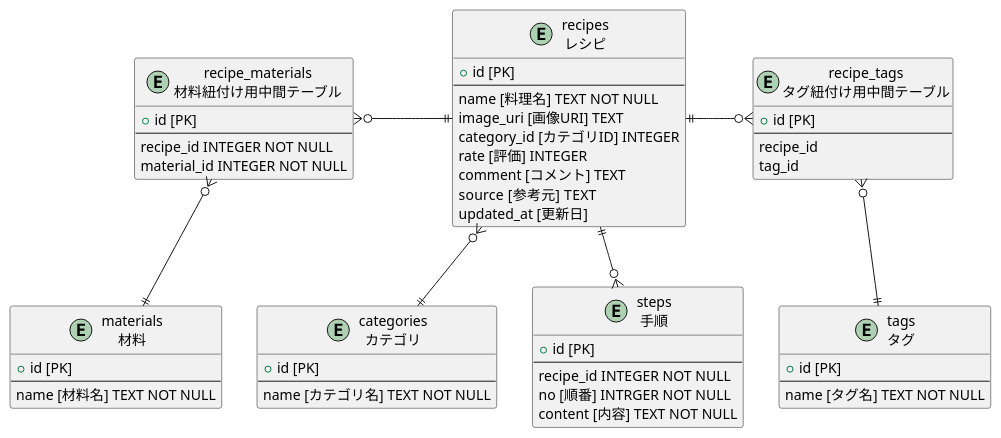
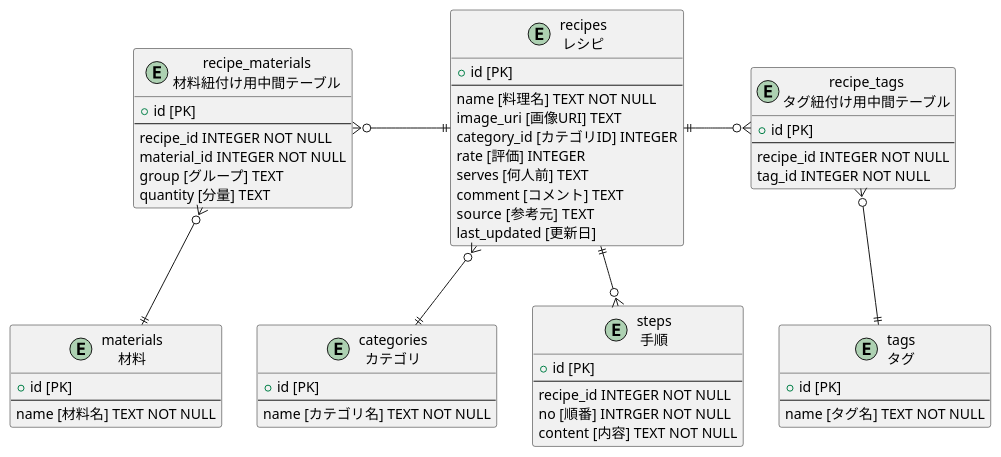
One commit to 29labjp/MyRecipe changed the diagram in app/doc/recipe_er.puml. Above: the diagram before and after it, drawn with PlantUML. The commit also changed 11 other files, not shown here.

```diff
--- a/app/doc/recipe_er.puml
+++ b/app/doc/recipe_er.puml
@@ -1,55 +1,58 @@
 @startuml recipe_tables
 
 entity recipes as "recipes\nレシピ" {
   + id [PK]
   --
   name [料理名] TEXT NOT NULL
   image_uri [画像URI] TEXT
   category_id [カテゴリID] INTEGER
   rate [評価] INTEGER
+  serves [何人前] TEXT
   comment [コメント] TEXT
   source  [参考元] TEXT
-  updated_at [更新日]
+  last_updated [更新日]
 }
 entity materials as "materials\n材料" {
   + id [PK]
   --
   name [材料名] TEXT NOT NULL
 }
 entity recipe_materials as "recipe_materials\n材料紐付け用中間テーブル" {
   + id [PK]
   --
   recipe_id INTEGER NOT NULL
   material_id INTEGER NOT NULL
+  group [グループ] TEXT
+  quantity [分量] TEXT
 }
 entity steps as "steps\n手順" {
   + id [PK]
   --
   recipe_id INTEGER NOT NULL
   no [順番] INTRGER NOT NULL
   content [内容] TEXT NOT NULL
 }
 entity categories as "categories\nカテゴリ" {
   + id [PK]
   --
   name [カテゴリ名] TEXT NOT NULL
 }
 entity tags as "tags\nタグ" {
   + id [PK]
   --
   name [タグ名] TEXT NOT NULL
 }
 entity recipe_tags as "recipe_tags\nタグ紐付け用中間テーブル" {
   + id [PK]
   --
-  recipe_id
-  tag_id
+  recipe_id INTEGER NOT NULL
+  tag_id INTEGER NOT NULL
 }
 
 recipes ||-l-o{ recipe_materials
 materials ||-u-o{ recipe_materials
 recipes ||-d-o{ steps
 recipes }o-d-|| categories
 recipes ||-r-o{ recipe_tags
 tags ||-u-o{ recipe_tags
 @enduml
```
